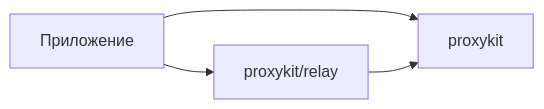
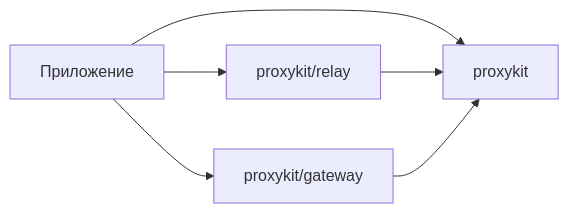
One commit to n1s01/proxykit changed the diagram in docs/architecture.md. Above: the diagram before and after it, drawn with Mermaid. The commit also changed other lines of this file and 6 other files, not shown here.

````diff
--- a/docs/architecture.md
+++ b/docs/architecture.md
@@ -10,6 +10,8 @@
 ```mermaid
 graph LR
     application[Приложение] --> core[proxykit]
     application --> adapter[proxykit/relay]
     adapter --> core
+    application --> params[proxykit/gateway]
+    params --> core
 ```
````
